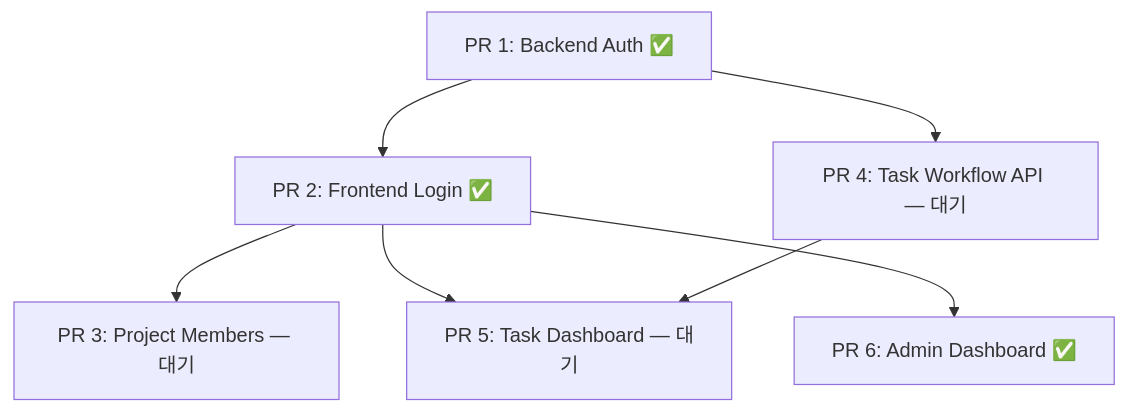
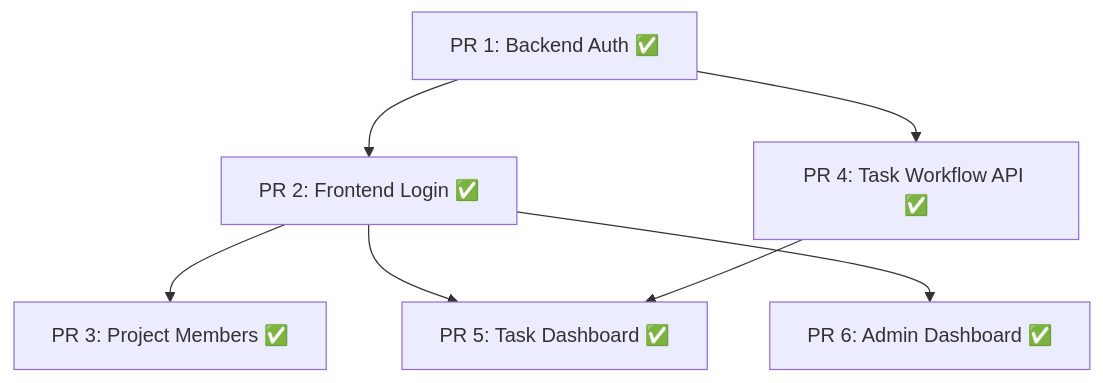
The second of 3 diagrams in docs/architecture/multi-user-collaboration.md (appleparan/saegim), drawn with Mermaid before and after one commit. The commit also changed other lines of this file and 2 other files, not shown here.

````diff
--- a/docs/architecture/multi-user-collaboration.md
+++ b/docs/architecture/multi-user-collaboration.md
@@ -125,16 +125,16 @@
 ```mermaid
 graph TD
     PR1["PR 1: Backend Auth ✅"]
     PR2["PR 2: Frontend Login ✅"]
-    PR3["PR 3: Project Members — 대기"]
-    PR4["PR 4: Task Workflow API — 대기"]
-    PR5["PR 5: Task Dashboard — 대기"]
+    PR3["PR 3: Project Members ✅"]
+    PR4["PR 4: Task Workflow API ✅"]
+    PR5["PR 5: Task Dashboard ✅"]
     PR6["PR 6: Admin Dashboard ✅"]
 
     PR1 --> PR2
     PR1 --> PR4
     PR2 --> PR3
     PR2 --> PR5
     PR4 --> PR5
     PR2 --> PR6
 ```
````
